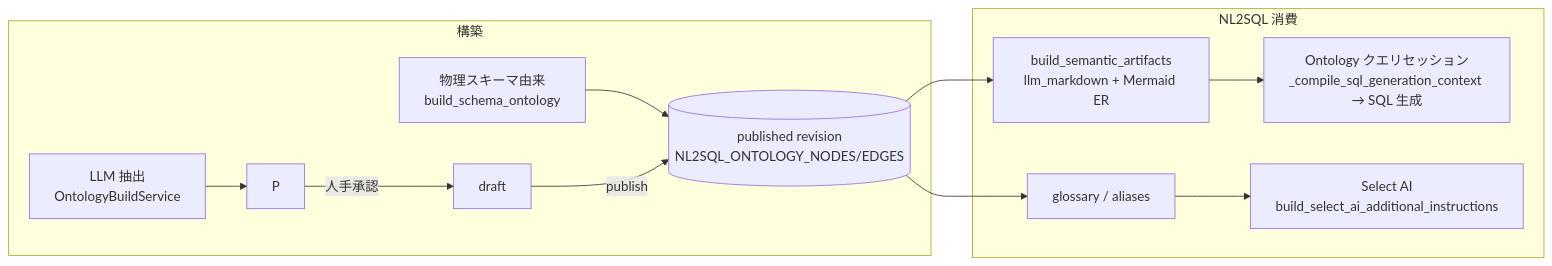
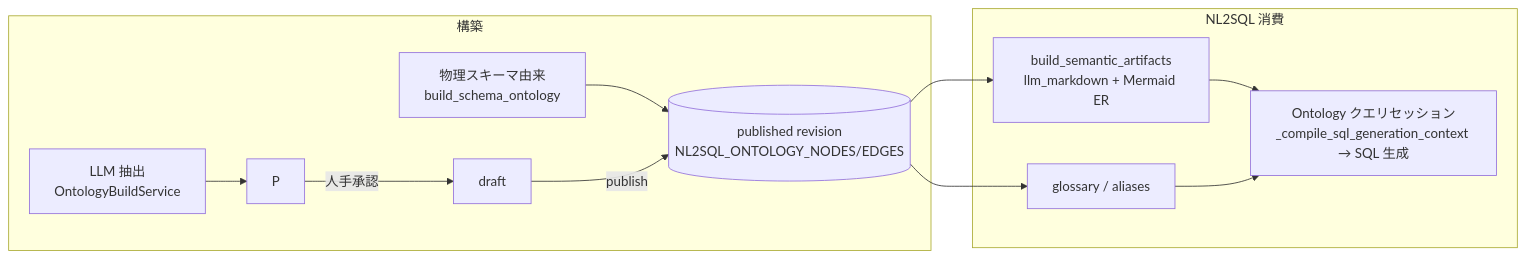
The diagram in nl2sql/docs/ontology-playground-study.md (engchina/no.1-production-ready-assistant), drawn with Mermaid before and after one commit. The commit also changed other lines of this file and 256 other files, not shown here.

````diff
--- a/nl2sql/docs/ontology-playground-study.md
+++ b/nl2sql/docs/ontology-playground-study.md
@@ -96,14 +96,13 @@
 ```mermaid
 flowchart LR
     subgraph 構築
         L[LLM 抽出<br/>OntologyBuildService] --> P
         S[物理スキーマ由来<br/>build_schema_ontology] --> O
         P -->|人手承認| D[draft] -->|publish| O[(published revision<br/>NL2SQL_ONTOLOGY_NODES/EDGES)]
     end
     subgraph NL2SQL 消費
         O --> M[build_semantic_artifacts<br/>llm_markdown + Mermaid ER]
         M --> Q[Ontology クエリセッション<br/>_compile_sql_generation_context → SQL 生成]
-        O --> G[glossary / aliases]
-        G --> A[Select AI<br/>build_select_ai_additional_instructions]
+        O --> G[glossary / aliases] --> Q
     end
 ```
````
